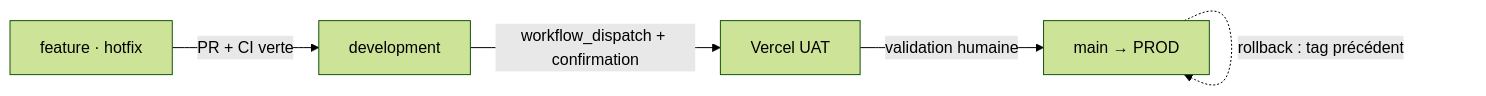
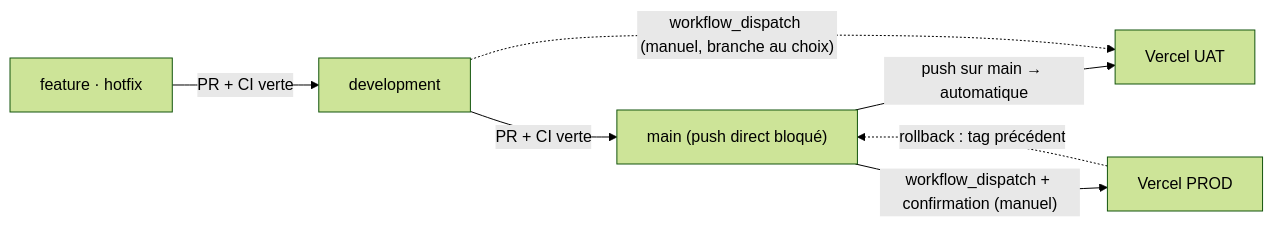
The first of 9 diagrams in documents/dossiers/dossierProjet/v1-complet/dossierProjetRNCP.md (Mamoru-fr/AMT-Express), drawn with Mermaid (forest theme) before and after one commit. The commit also changed other lines of this file, not shown here.

Commit message:
docs(rncp): CI/CD calqué sur les workflows réels — UAT auto sur push main + manuel toute branche, prod manuelle uniquement depuis main

````diff
--- a/documents/dossiers/dossierProjet/v1-complet/dossierProjetRNCP.md
+++ b/documents/dossiers/dossierProjet/v1-complet/dossierProjetRNCP.md
@@ -213,7 +213,9 @@
 ```mermaid
 flowchart LR
     F["feature · hotfix"] -- "PR + CI verte" --> DEV["development"]
-    DEV -- "workflow_dispatch + confirmation" --> UAT["Vercel UAT"]
-    UAT -- "validation humaine" --> MAIN["main → PROD"]
-    MAIN -.->|"rollback : tag précédent"| MAIN
+    DEV -- "PR + CI verte" --> MAIN["main (push direct bloqué)"]
+    MAIN -- "push sur main → automatique" --> UAT["Vercel UAT"]
+    DEV -. "workflow_dispatch (manuel, branche au choix)" .-> UAT
+    MAIN -- "workflow_dispatch + confirmation (manuel)" --> PROD["Vercel PROD"]
+    PROD -.->|"rollback : tag précédent"| MAIN
 ```
````
